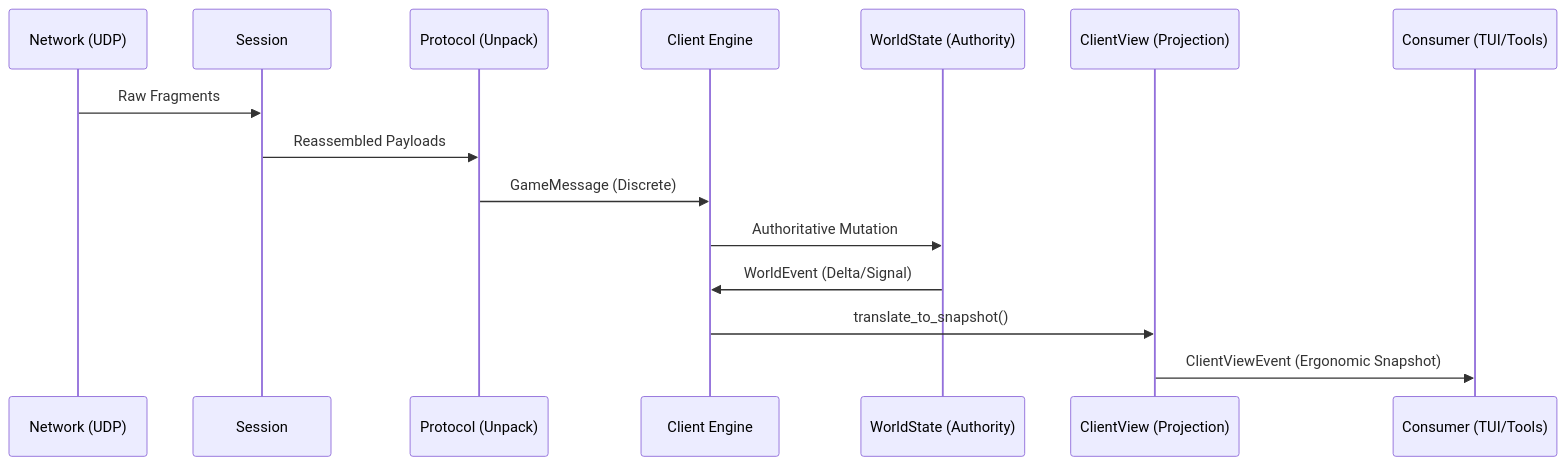
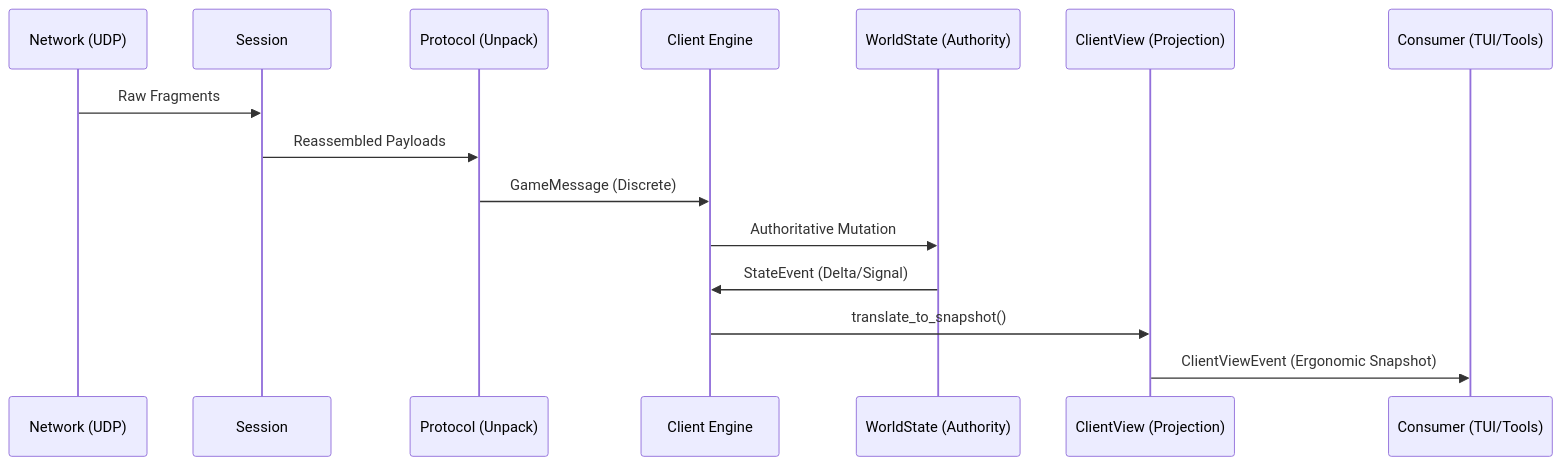
One commit to merklejerk/holtburger changed the diagram in crates/holtburger-core/ARCHITECTURE.md. Above: the diagram before and after it, drawn with Mermaid. The commit also changed other lines of this file and 18 other files, not shown here.

First line of the commit message:
refactor(core,cli,tools): rename events to match 3-layer architecture

````diff
--- a/crates/holtburger-core/ARCHITECTURE.md
+++ b/crates/holtburger-core/ARCHITECTURE.md
@@ -34,18 +34,18 @@
 ```mermaid
 sequenceDiagram
     participant Net as Network (UDP)
     participant Sess as Session
     participant Proto as Protocol (Unpack)
     participant Core as Client Engine
     participant World as WorldState (Authority)
     participant View as ClientView (Projection)
     participant UI as Consumer (TUI/Tools)
 
     Net->>Sess: Raw Fragments
     Sess->>Proto: Reassembled Payloads
     Proto->>Core: GameMessage (Discrete)
     Core->>World: Authoritative Mutation
-    World->>Core: WorldEvent (Delta/Signal)
+    World->>Core: StateEvent (Delta/Signal)
     Core->>View: translate_to_snapshot()
     View->>UI: ClientViewEvent (Ergonomic Snapshot)
 ```
````
